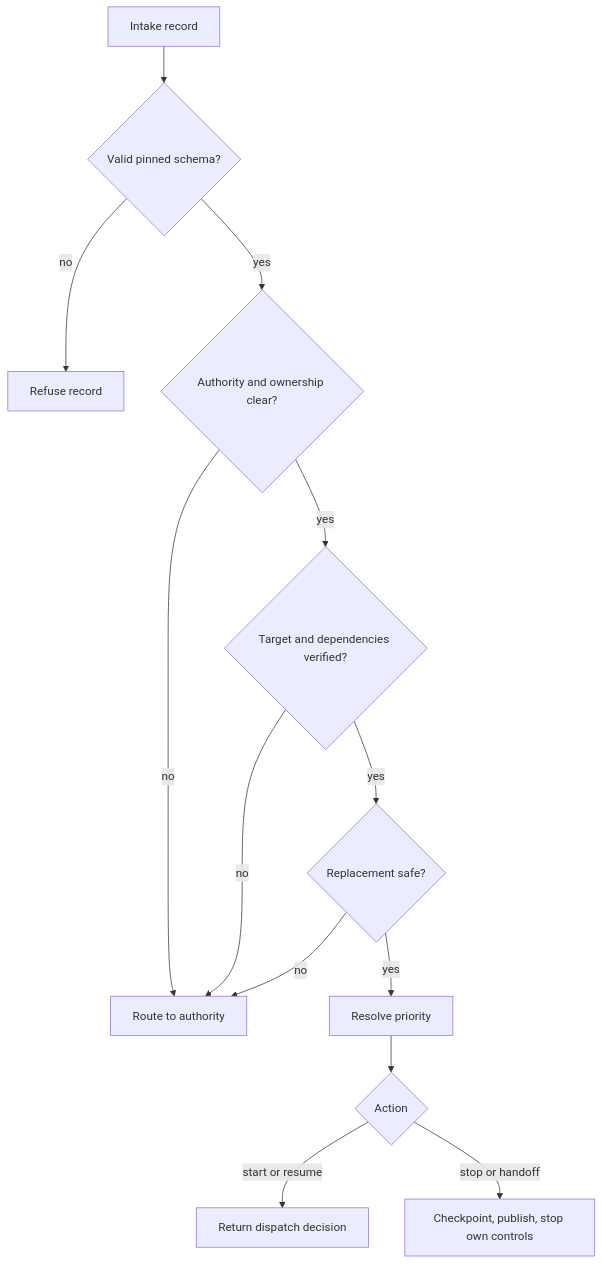
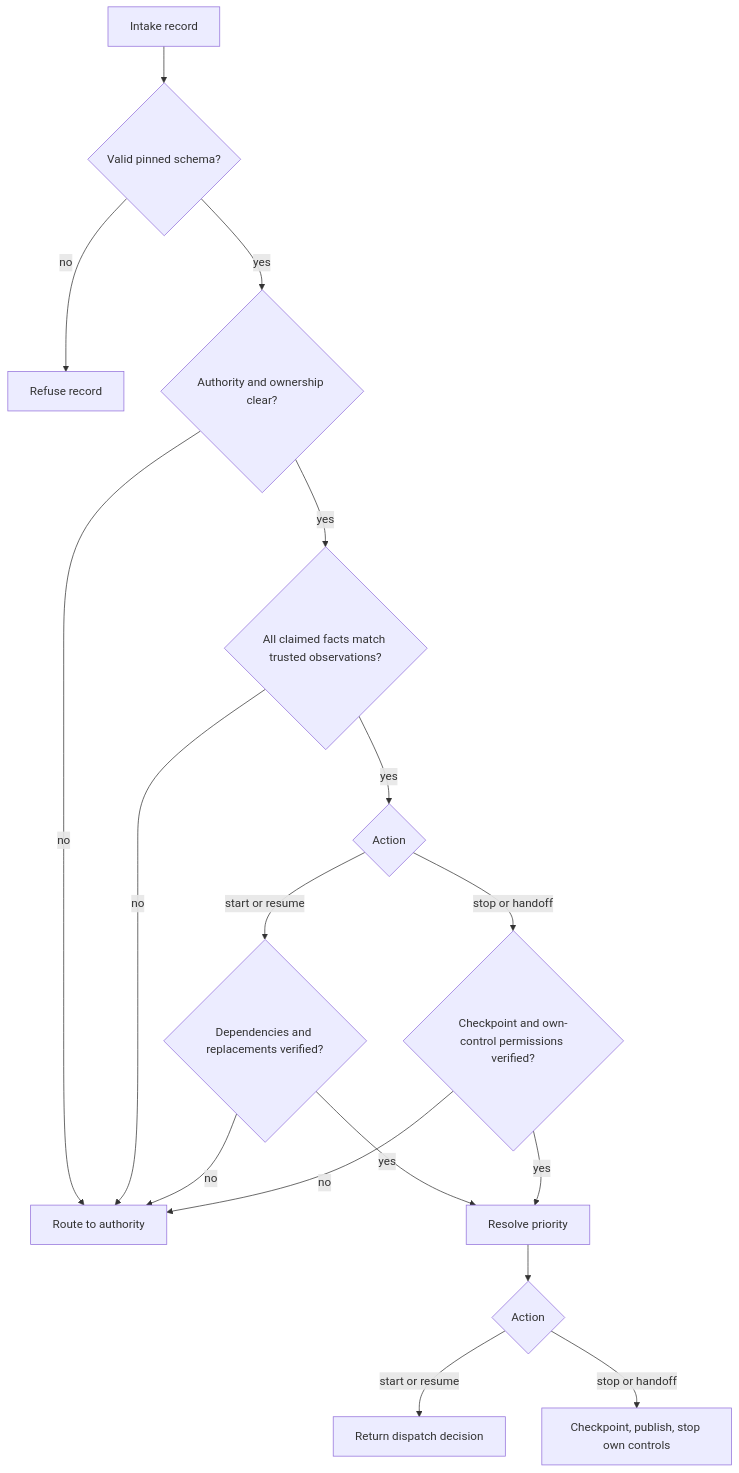
One commit to Pukujan/multi-agent-modules changed the diagram in proposals/0001-task-intake-and-urgent-owner-priority.md. Above: the diagram before and after it, drawn with Mermaid. The commit also changed other lines of this file and 9 other files, not shown here.

````diff
--- a/proposals/0001-task-intake-and-urgent-owner-priority.md
+++ b/proposals/0001-task-intake-and-urgent-owner-priority.md
@@ -62,15 +62,19 @@
 ```mermaid
 graph TD
     A[Intake record] --> B{Valid pinned schema?}
     B -->|no| R[Refuse record]
     B -->|yes| C{Authority and ownership clear?}
     C -->|no| U[Route to authority]
-    C -->|yes| D{Target and dependencies verified?}
+    C -->|yes| D{All claimed facts match trusted observations?}
     D -->|no| U
-    D -->|yes| E{Replacement safe?}
-    E -->|no| U
-    E -->|yes| F[Resolve priority]
-    F --> G{Action}
-    G -->|start or resume| H[Return dispatch decision]
-    G -->|stop or handoff| I[Checkpoint, publish, stop own controls]
+    D -->|yes| E{Action}
+    E -->|start or resume| F{Dependencies and replacements verified?}
+    F -->|no| U
+    F -->|yes| G[Resolve priority]
+    E -->|stop or handoff| H{Checkpoint and own-control permissions verified?}
+    H -->|no| U
+    H -->|yes| G
+    G --> I{Action}
+    I -->|start or resume| J[Return dispatch decision]
+    I -->|stop or handoff| K[Checkpoint, publish, stop own controls]
 ```
````
